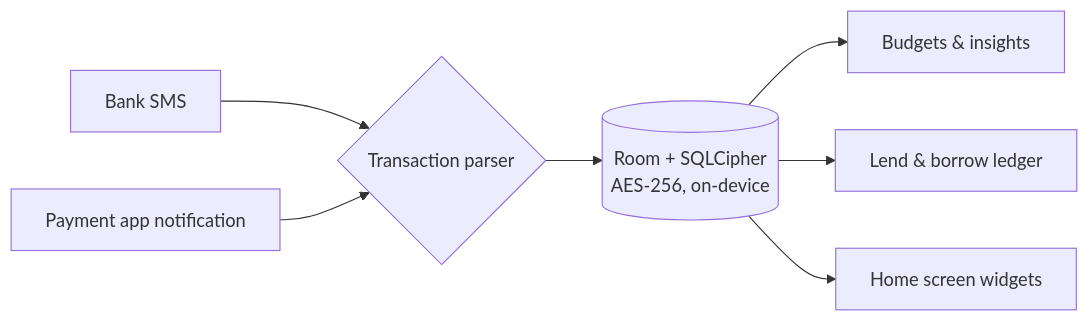
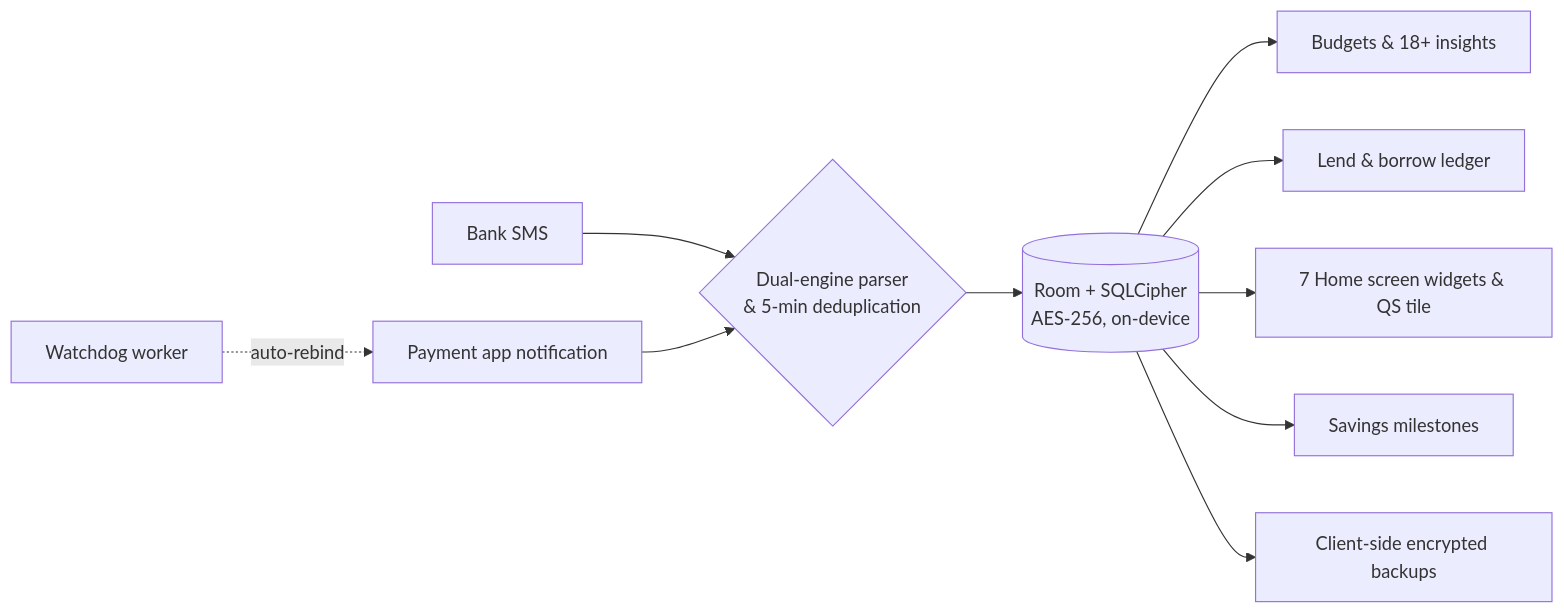
Before and after one commit to omkarnub/Kanri: the diagram in README.md, drawn with Mermaid. The commit also changed other lines of this file and 76 other files, not shown here.

````diff
--- a/README.md
+++ b/README.md
@@ -130,9 +130,12 @@
 ```mermaid
 flowchart LR
-    A[Bank SMS] --> C{Transaction parser}
+    A[Bank SMS] --> C{Dual-engine parser<br/>& 5-min deduplication}
     B[Payment app notification] --> C
+    W[Watchdog worker] -. auto-rebind .-> B
     C --> D[(Room + SQLCipher<br/>AES-256, on-device)]
-    D --> E[Budgets & insights]
+    D --> E[Budgets & 18+ insights]
     D --> F[Lend & borrow ledger]
-    D --> G[Home screen widgets]
+    D --> G[7 Home screen widgets & QS tile]
+    D --> H[Savings milestones]
+    D --> I[Client-side encrypted backups]
 ```
````
